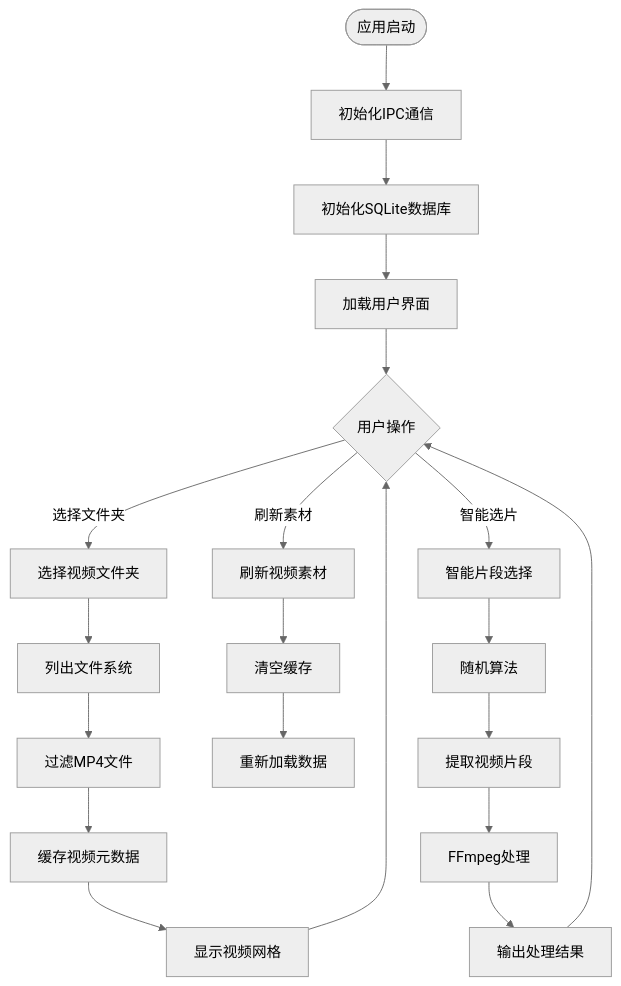
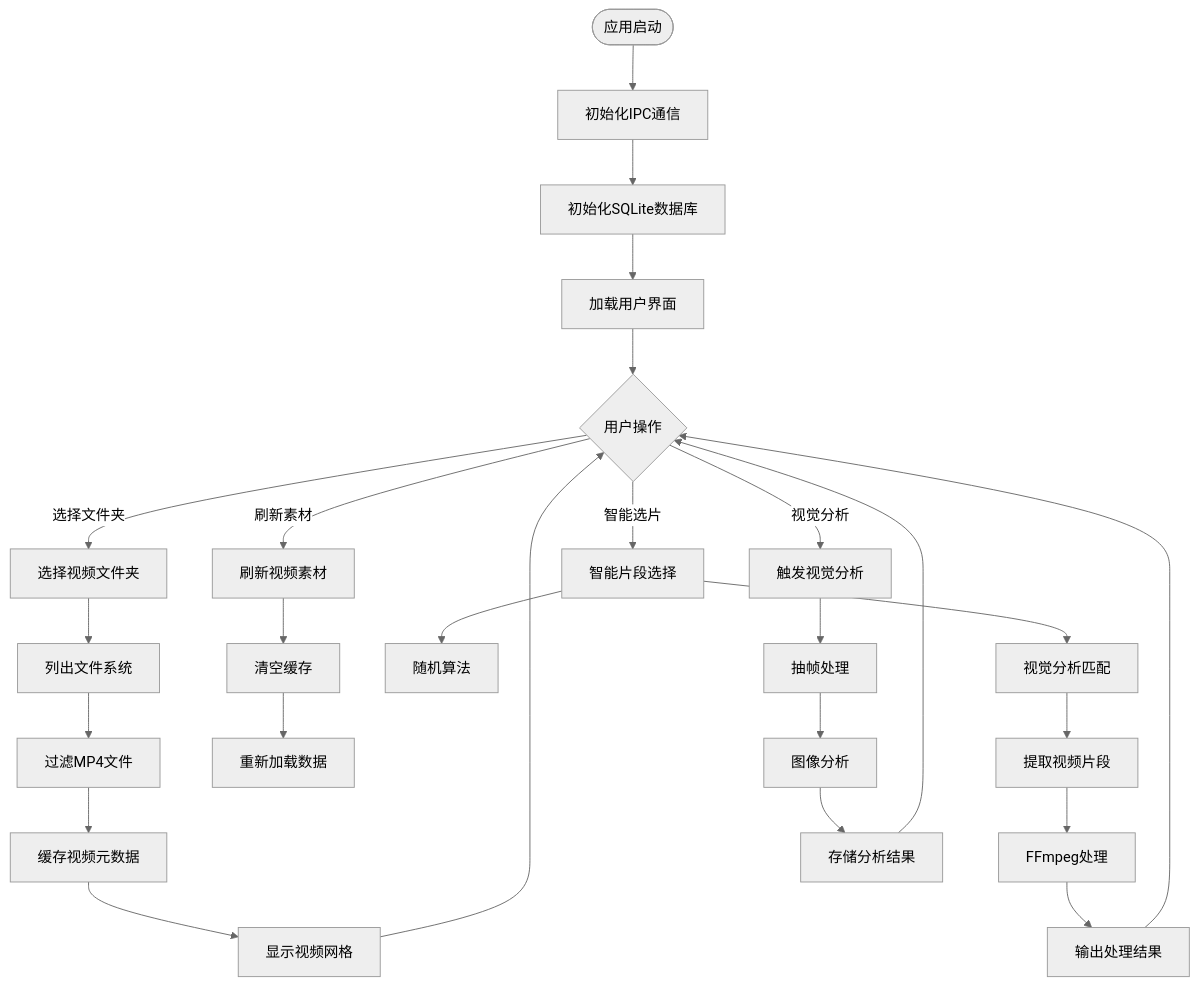
Before and after one commit to torans/crow.video: the fourth of 12 diagrams in .qoder/repowiki/zh/content/UI组件系统/视频管理组件.md, drawn with Mermaid (neutral theme). The commit also changed other lines of this file and 35 other files, not shown here.

````diff
--- a/.qoder/repowiki/zh/content/UI组件系统/视频管理组件.md
+++ b/.qoder/repowiki/zh/content/UI组件系统/视频管理组件.md
@@ -171,22 +203,28 @@
 ```mermaid
 flowchart TD
 Start([应用启动]) --> InitIPC[初始化IPC通信]
 InitIPC --> InitDB[初始化SQLite数据库]
 InitDB --> LoadUI[加载用户界面]
 LoadUI --> UserAction{用户操作}
 UserAction --> |选择文件夹| SelectFolder[选择视频文件夹]
 UserAction --> |刷新素材| RefreshAssets[刷新视频素材]
 UserAction --> |智能选片| SmartMatch[智能片段选择]
+UserAction --> |视觉分析| VisualAnalysis[触发视觉分析]
 SelectFolder --> ListFiles[列出文件系统]
 ListFiles --> FilterMP4[过滤MP4文件]
 FilterMP4 --> CacheMeta[缓存视频元数据]
 CacheMeta --> DisplayGrid[显示视频网格]
 RefreshAssets --> ClearCache[清空缓存]
 ClearCache --> ReloadData[重新加载数据]
 SmartMatch --> RandomAlgo[随机算法]
-RandomAlgo --> ExtractSegments[提取视频片段]
+SmartMatch --> VLMatch[视觉分析匹配]
+VLMatch --> ExtractSegments[提取视频片段]
 ExtractSegments --> FFmpegProcess[FFmpeg处理]
+VisualAnalysis --> FrameExtraction[抽帧处理]
+FrameExtraction --> ImageAnalysis[图像分析]
+ImageAnalysis --> StoreResults[存储分析结果]
 FFmpegProcess --> OutputResult[输出处理结果]
 DisplayGrid --> UserAction
 OutputResult --> UserAction
+StoreResults --> UserAction
 ```
````
